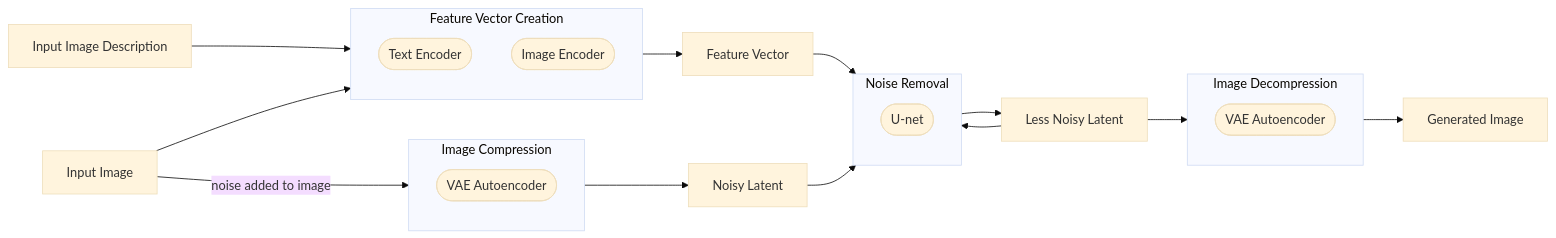
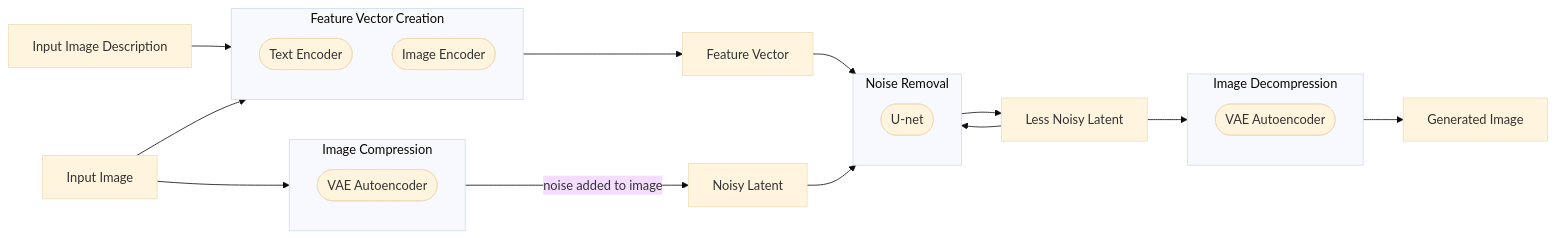
Before and after one commit to ForBo7/forbo7.github.io: the second of 6 diagrams in forblog/posts/12_stable_diffusion_summarized.qmd, drawn with Mermaid (base theme). The commit also changed other lines of this file, not shown here.

````diff
--- a/forblog/posts/12_stable_diffusion_summarized.qmd
+++ b/forblog/posts/12_stable_diffusion_summarized.qmd
@@ -49,24 +51,24 @@
 ```{mermaid}
 flowchart LR
     subgraph A [Feature Vector Creation]
         id1([Text Encoder])
         id2([Image Encoder])
     end
 
     subgraph B [Image Compression]
         id3([VAE Autoencoder])
     end
 
     subgraph C [Noise Removal]
         id4([U-net])
     end
 
     subgraph D [Image Decompression]
         id5([VAE Autoencoder])
     end
 
     id7[Input Image Description] & id6[Input Image] --> A --> id9[Feature Vector]
-    id6 --noise added to image--> B --> id10[Noisy Latent]
+    id6 --> B --noise added to image--> id10[Noisy Latent]
     id9 & id10 --> C --> id11[Less Noisy Latent] -->  C
     id11 --> D --> id8[Generated Image]
 ```
````
